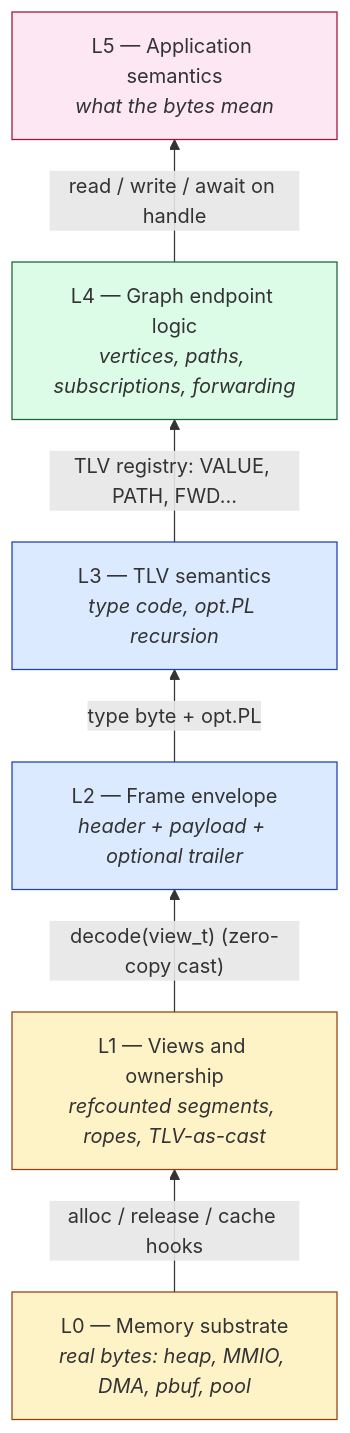
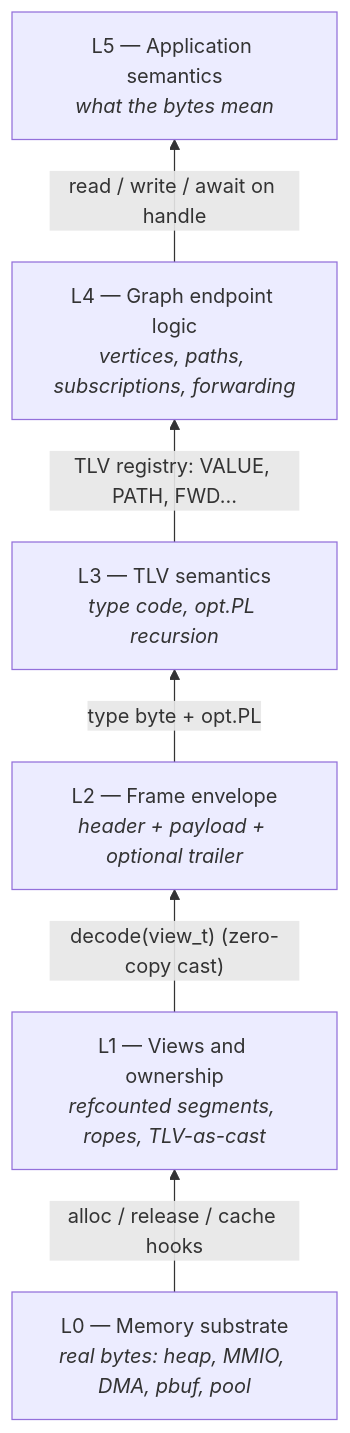
One commit to avatarsd-llc/libtracer changed the first of 3 diagrams in docs/reference/02-graph-model.md. Above: the diagram before and after it, drawn with Mermaid. The commit also changed other lines of this file and 32 other files, not shown here.

First line of the commit message:
docs: every diagram on the shared vocabulary, with alt text (#2373)

````diff
--- a/docs/reference/02-graph-model.md
+++ b/docs/reference/02-graph-model.md
@@ -57,20 +57,20 @@
 ```mermaid
 flowchart BT
+    accTitle: The six layers, L0 to L5
+    accDescr: L0, the memory substrate, gives L1 its bytes through alloc, release and cache hooks. L1 views and ownership decode into the L2 frame envelope as a zero-copy cast. L2 gives L3 the type byte and opt.PL. L3 TLV semantics feed L4 graph endpoint logic through the TLV registry, and L5 application semantics uses L4 by read, write and await on a handle.
     L0["L0 — Memory substrate<br/><i>real bytes: heap, MMIO, DMA, pbuf, pool</i>"]
     L1["L1 — Views and ownership<br/><i>refcounted segments, ropes, TLV-as-cast</i>"]
     L2["L2 — Frame envelope<br/><i>header + payload + optional trailer</i>"]
     L3["L3 — TLV semantics<br/><i>type code, opt.PL recursion</i>"]
     L4["L4 — Graph endpoint logic<br/><i>vertices, paths, subscriptions, forwarding</i>"]
     L5["L5 — Application semantics<br/><i>what the bytes mean</i>"]
     L0 -- "alloc / release / cache hooks" --> L1
     L1 -- "decode(view_t) (zero-copy cast)" --> L2
     L2 -- "type byte + opt.PL" --> L3
     L3 -- "TLV registry: VALUE, PATH, FWD…" --> L4
     L4 -- "read / write / await on handle" --> L5
-    style L0 fill:#fef3c7,stroke:#92400e
-    style L1 fill:#fef3c7,stroke:#92400e
-    style L2 fill:#dbeafe,stroke:#1e40af
-    style L3 fill:#dbeafe,stroke:#1e40af
-    style L4 fill:#dcfce7,stroke:#166534
-    style L5 fill:#fce7f3,stroke:#9f1239
+    class L2 frame
+    class L3 record
+    class L4 vertex
+    class L5 app
 ```
````
